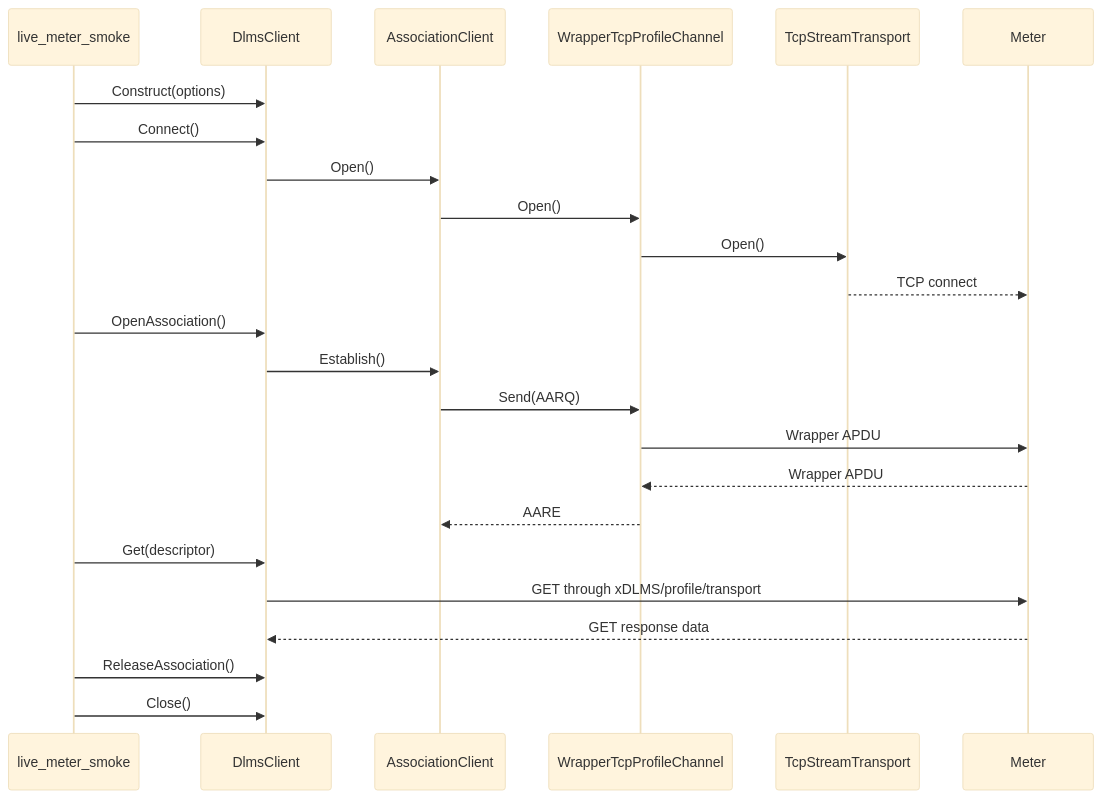
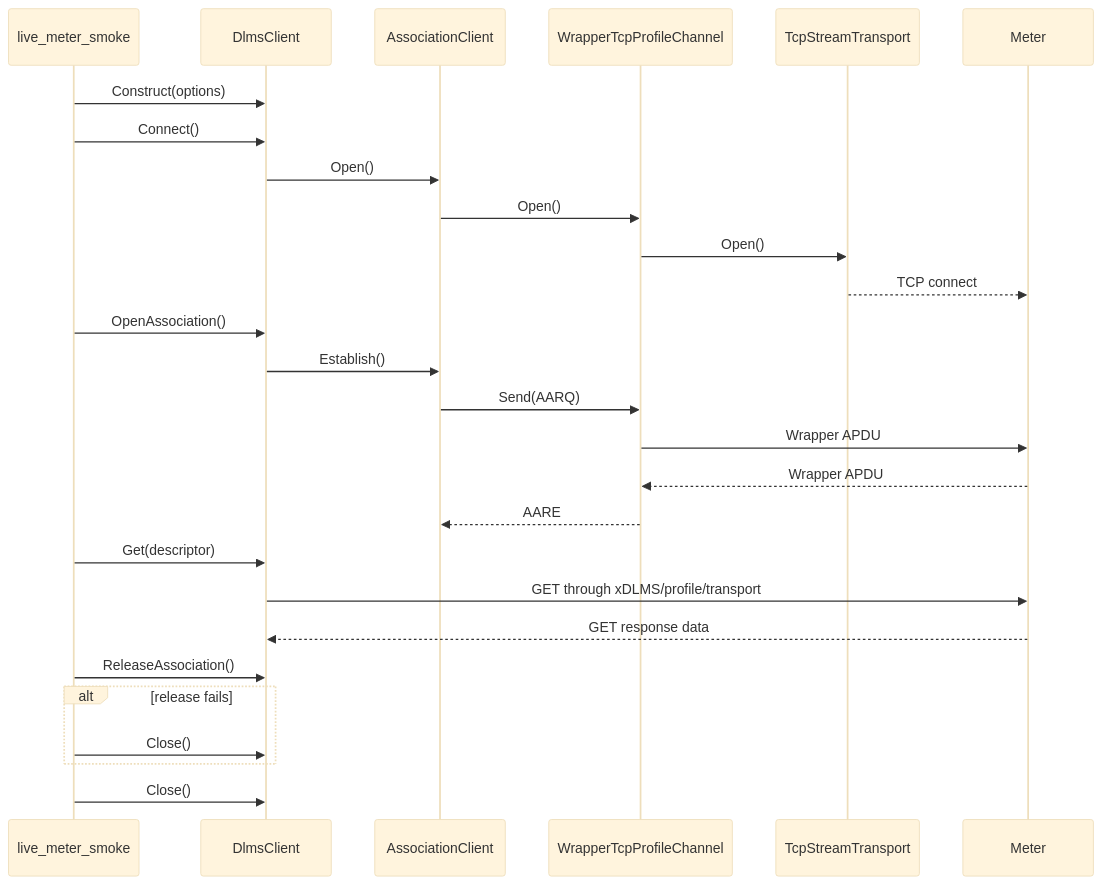
Before and after one commit to gvtret/dlms: the second of 2 diagrams in docs/live_meter_smoke_plan.md, drawn with Mermaid (base theme). The commit also changed other lines of this file and 1 other file, not shown here.

First line of the commit message:
test: verify public client live smoke

````diff
--- a/docs/live_meter_smoke_plan.md
+++ b/docs/live_meter_smoke_plan.md
@@ -89,27 +95,30 @@
 ```mermaid
 sequenceDiagram
   participant Main as live_meter_smoke
   participant Client as DlmsClient
   participant Assoc as AssociationClient
   participant Profile as WrapperTcpProfileChannel
   participant Tcp as TcpStreamTransport
   participant Meter as Meter
 
   Main->>Client: Construct(options)
   Main->>Client: Connect()
   Client->>Assoc: Open()
   Assoc->>Profile: Open()
   Profile->>Tcp: Open()
   Tcp-->>Meter: TCP connect
   Main->>Client: OpenAssociation()
   Client->>Assoc: Establish()
   Assoc->>Profile: Send(AARQ)
   Profile->>Meter: Wrapper APDU
   Meter-->>Profile: Wrapper APDU
   Profile-->>Assoc: AARE
   Main->>Client: Get(descriptor)
   Client->>Meter: GET through xDLMS/profile/transport
   Meter-->>Client: GET response data
   Main->>Client: ReleaseAssociation()
+  alt release fails
+    Main->>Client: Close()
+  end
   Main->>Client: Close()
 ```
````
